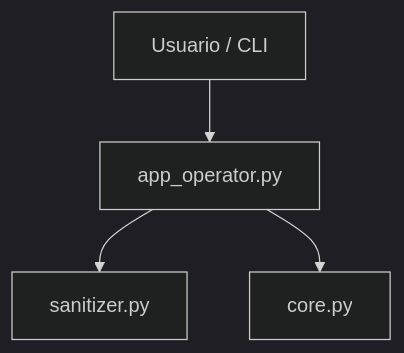
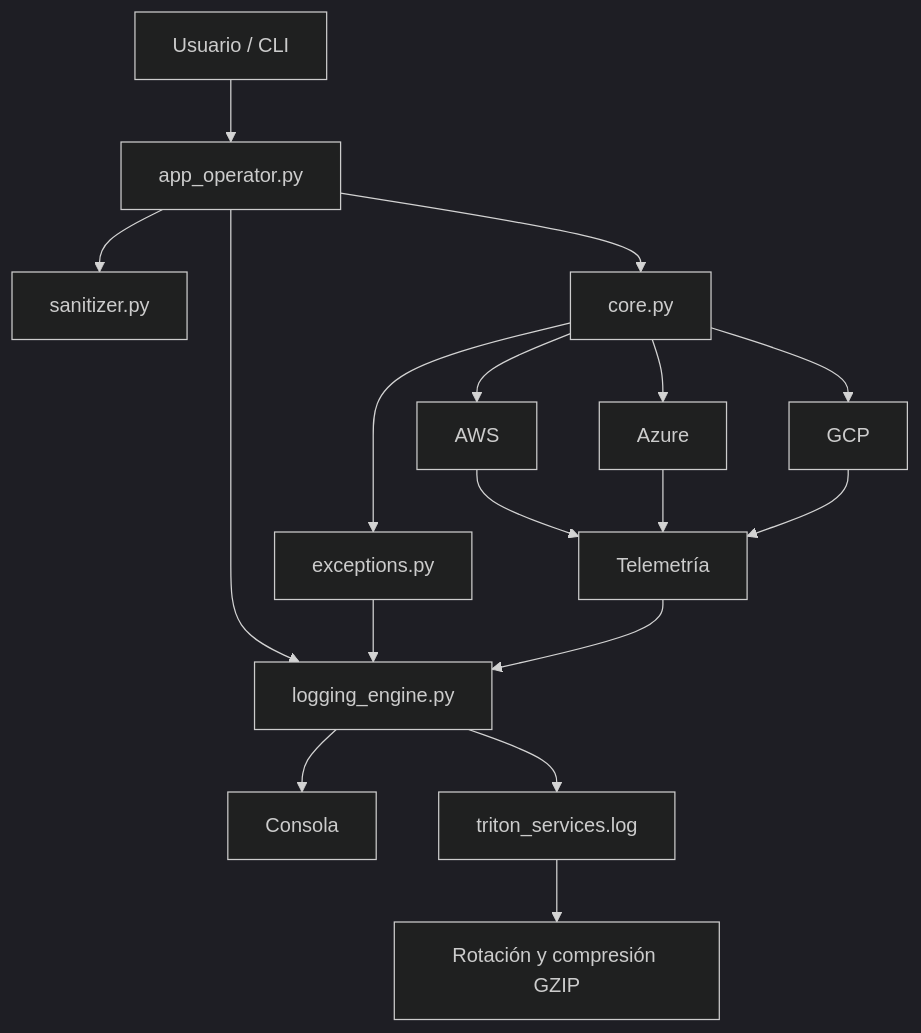
Before and after one commit to AAEscar7/TP1-Proyecto-Triton: the diagram in README.md, drawn with Mermaid (dark theme). The commit also changed other lines of this file, not shown here.

````diff
--- a/README.md
+++ b/README.md
@@ -70,10 +70,26 @@
 ```mermaid
 flowchart TD
 
     A[Usuario / CLI] --> B[app_operator.py]
 
     B --> C[sanitizer.py]
     B --> D[core.py]
 
+    D --> E[AWS]
+    D --> F[Azure]
+    D --> G[GCP]
 
+    E --> H[Telemetría]
+    F --> H
+    G --> H
+
+    D --> I[exceptions.py]
+
+    B --> J[logging_engine.py]
+    I --> J
+    H --> J
+
+    J --> K[Consola]
+    J --> L[triton_services.log]
+    L --> M[Rotación y compresión GZIP]
 ```
````
